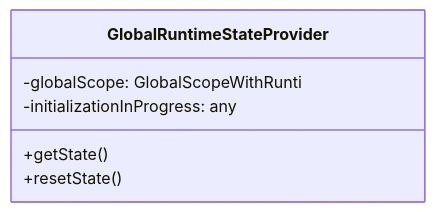
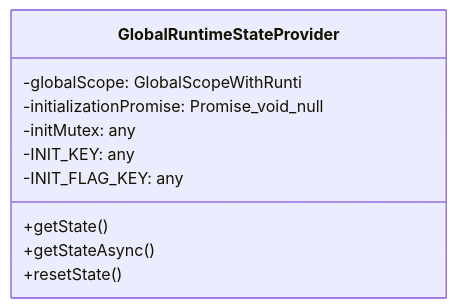
The first of 4 diagrams in ABDD/.pi/extensions/agent-runtime.md (Mekann2904/mekann), drawn with Mermaid before and after one commit. The commit also changed other lines of this file and 189 other files, not shown here.

````diff
--- a/ABDD/.pi/extensions/agent-runtime.md
+++ b/ABDD/.pi/extensions/agent-runtime.md
@@ -66,9 +66,13 @@
 ```mermaid
 classDiagram
   class GlobalRuntimeStateProvider {
     -globalScope: GlobalScopeWithRunti
-    -initializationInProgress: any
+    -initializationPromise: Promise_void_null
+    -initMutex: any
+    -INIT_KEY: any
+    -INIT_FLAG_KEY: any
     +getState()
+    +getStateAsync()
     +resetState()
   }
 ```
````
